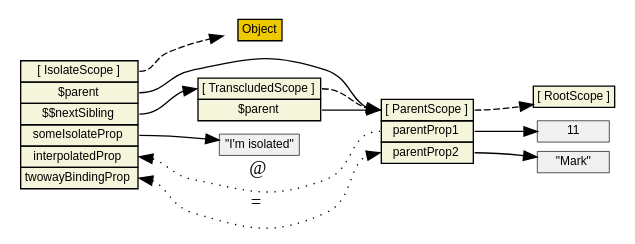
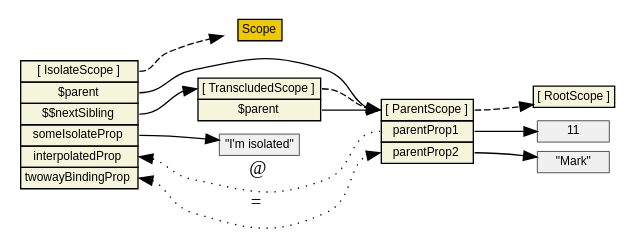
The diagram in transcluded_scope.dot (mrajcok/angularjs-prototypal-inheritance-diagrams), drawn with Graphviz before and after one commit. The commit also changed 1 other file, not shown here.

Commit message:
Changed wording to indicate inheritance from Scope object

```diff
--- a/transcluded_scope.dot
+++ b/transcluded_scope.dot
@@ -1,49 +1,49 @@
 digraph d {
 	rankdir=LR
 	nodesep=0.1
 	node [fontname="Helvetica,Sans", fontsize=9, penwidth=0.5, margin="0.05, 0.04", height="0.2" ]
 
   /* scopes */
   node [shape=plaintext];
   root [label=<<table bgcolor="beige" border="0" cellborder="1" cellpadding="2" cellspacing="0">
   <tr><td port="proto">[ RootScope ]</td></tr></table>>]
   parent [label=<<table bgcolor="beige" border="0" cellborder="1" cellpadding="2" cellspacing="0">
   <tr><td port="proto">[ ParentScope ]</td></tr>
   <tr><td port="parentProp1">parentProp1</td></tr>
   <tr><td port="parentProp2">parentProp2</td></tr>
   </table>>]
   isolateScope [label=<<table bgcolor="beige" border="0" cellborder="1" cellpadding="2" cellspacing="0">
   <tr><td port="proto">[ IsolateScope ]</td></tr>
   <tr><td port="parent">$parent</td></tr>
   <tr><td port="nextSibling">$$nextSibling</td></tr>
   <tr><td port="someIsolateProp">someIsolateProp</td></tr>
   <tr><td port="interpolatedProp">interpolatedProp</td></tr>
   <tr><td port="twowayBindingProp">twowayBindingProp</td></tr>
   </table>>]
   transcludedScope [label=<<table bgcolor="beige" border="0" cellborder="1" cellpadding="2" cellspacing="0">
   <tr><td port="proto">[ TranscludedScope ]</td></tr>
   <tr><td port="parent">$parent</td></tr>
   </table>>]
-  Object [label=<<table bgcolor="gold2" border="0" cellborder="1" cellpadding="2" cellspacing="0">
-  <tr><td port="proto">Object</td></tr>
+  Scope [label=<<table bgcolor="gold2" border="0" cellborder="1" cellpadding="2" cellspacing="0">
+  <tr><td port="proto">Scope</td></tr>
   </table>>]
 
   /* literals */
   node [fillcolor=gray94, shape=box, style=filled]
   11 [label="11"]
   Mark [label="\"Mark\""]
   isolateValue [label="\"I'm isolated\""]
 
   /* references */
   parent:proto -> root:proto [style = dashed]
   parent:parentProp1 -> 11
   parent:parentProp2 -> Mark
-  isolateScope:proto -> Object [style = dashed]
+  isolateScope:proto -> Scope [style = dashed]
   isolateScope:parent -> parent:proto
   isolateScope:nextSibling -> transcludedScope:proto
   isolateScope:interpolatedProp -> parent:parentProp1 [label=<@>, style=dotted, dir=back]
   isolateScope:twowayBindingProp -> parent:parentProp2[label=<=>, style=dotted, dir=both]
   isolateScope:someIsolateProp -> isolateValue
   transcludedScope:proto -> parent:proto [style=dashed]
   transcludedScope:parent -> parent:proto
 }
```
